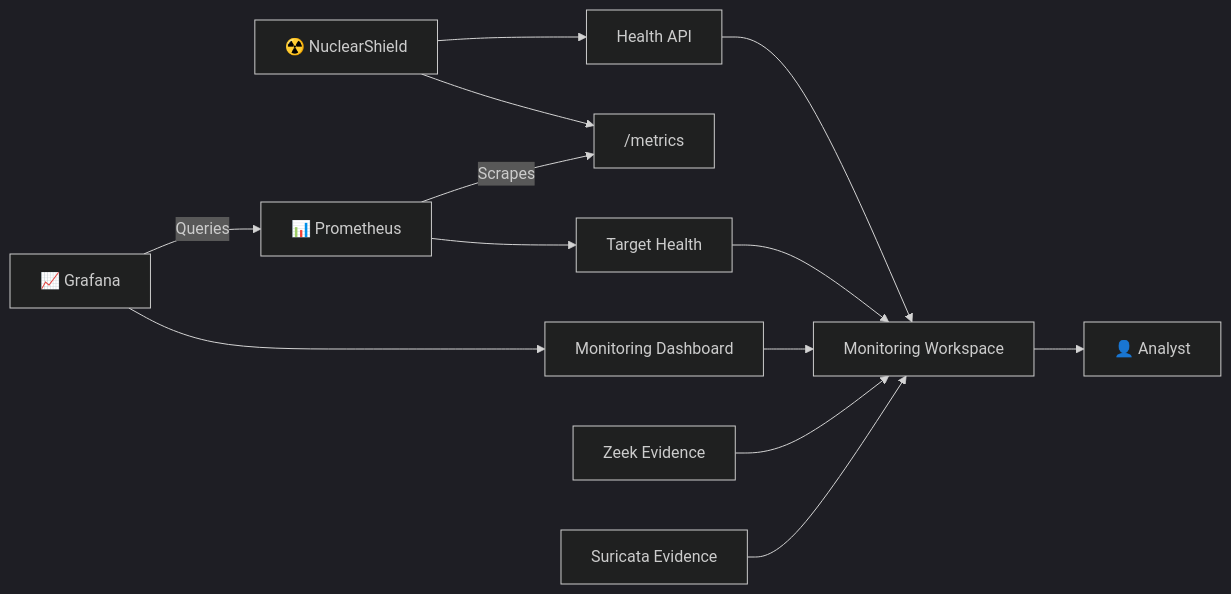
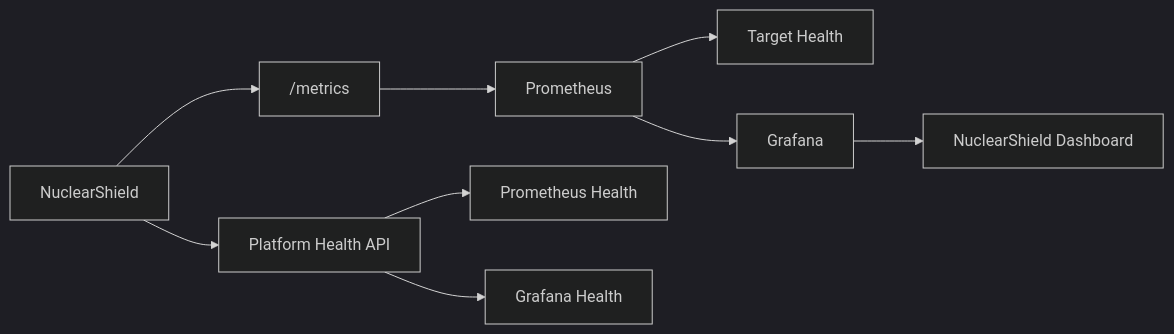
Before and after one commit to ruveeha33/NuclearShield: the fourth of 6 diagrams in README.md, drawn with Mermaid (dark theme). The commit also changed other lines of this file, not shown here.

First line of the commit message:
Refine README language and architecture descriptions.

````diff
--- a/README.md
+++ b/README.md
@@ -633,29 +538,17 @@
 ```mermaid
 flowchart LR
 
-    APP["☢️ NuclearShield"]
+    NS["NuclearShield"] --> METRICS["/metrics"]
 
-    APP --> HEALTH["Health API"]
-    APP --> MET["/metrics"]
+    METRICS --> PROM["Prometheus"]
 
-    PROM["📊 Prometheus"]
-    PROM -->|Scrapes| MET
+    PROM --> TARGETS["Target Health"]
+    PROM --> GRAF["Grafana"]
 
-    GRAF["📈 Grafana"]
-    GRAF -->|Queries| PROM
+    GRAF --> DASH["NuclearShield Dashboard"]
 
-    PROM --> TARGET["Target Health"]
-    GRAF --> DASH["Monitoring Dashboard"]
+    NS --> STATUS["Platform Health API"]
 
-    ZEEK["Zeek Evidence"]
-    SURI["Suricata Evidence"]
-
-    ZEEK --> MON["Monitoring Workspace"]
-    SURI --> MON
-
-    HEALTH --> MON
-    TARGET --> MON
-    DASH --> MON
-
-    MON --> USER["👤 Analyst"]
+    STATUS --> PHEALTH["Prometheus Health"]
+    STATUS --> GHEALTH["Grafana Health"]
 ```
````
